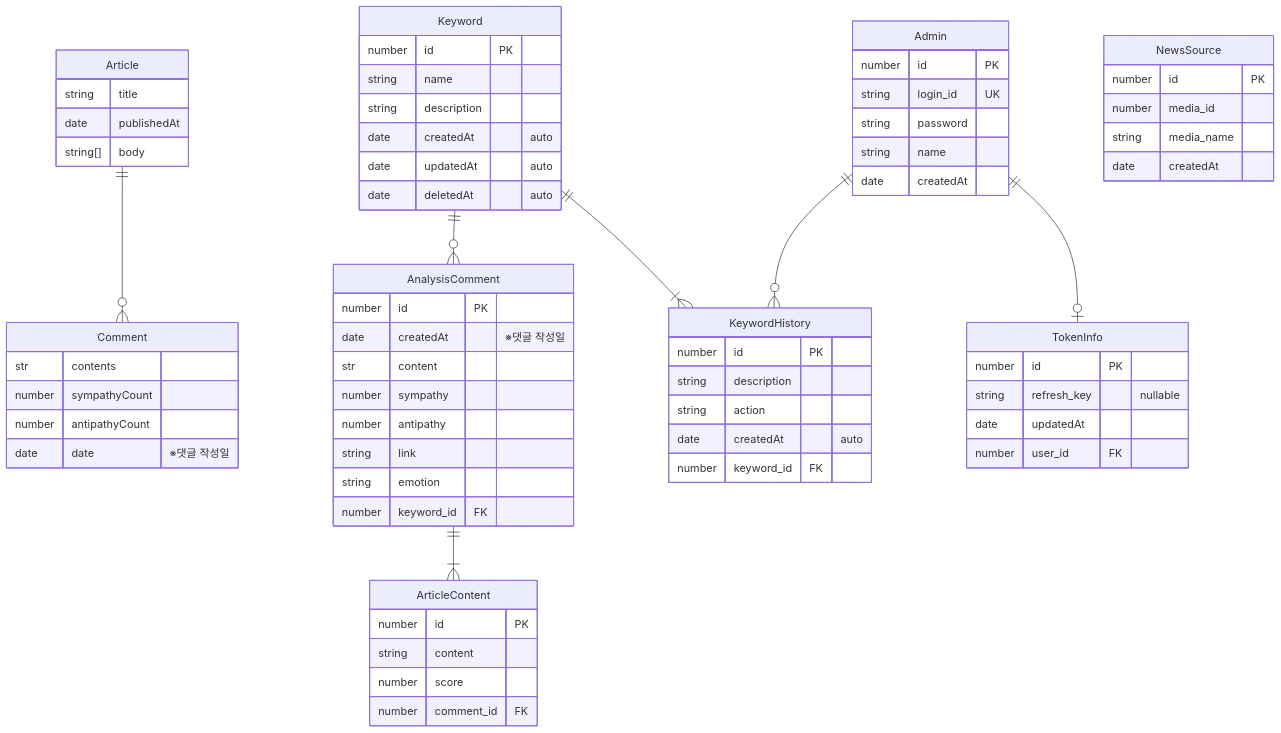
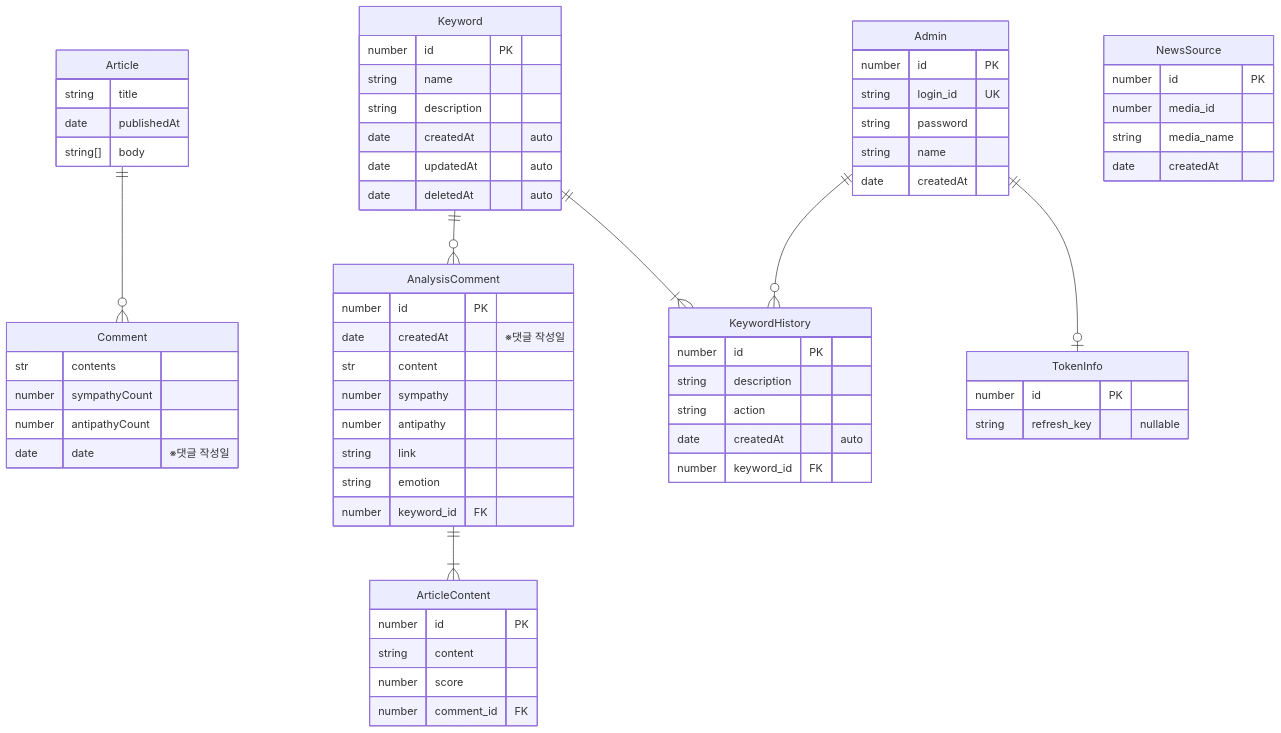
One commit to CSID-DGU/2023-02-CECD2-4 changed the diagram in backend/server/docs/ERD.md. Above: the diagram before and after it, drawn with Mermaid. The commit also changed other lines of this file, not shown here.

````diff
--- a/backend/server/docs/ERD.md
+++ b/backend/server/docs/ERD.md
@@ -3,75 +3,73 @@
 ```mermaid
 erDiagram
     Comment {
       str contents
       number sympathyCount
       number antipathyCount
       date date "※댓글 작성일"
     }
 
     Article {
       string title
       date publishedAt
       string[] body
     }
 
     AnalysisComment {
       number id PK
       date createdAt "※댓글 작성일"
       str content
       number sympathy
       number antipathy
       string link
       string emotion
       number keyword_id FK
     }
 
     ArticleContent {
       number id PK
       string content
       number score
       number comment_id FK
     }
     
     Keyword {
       number id PK
       string name
       string description
       date createdAt "auto"
       date updatedAt "auto"
       date deletedAt "auto"
     }
 
     KeywordHistory {
       number id PK
       string description
       string action
       date createdAt "auto"
       number keyword_id FK
     }
     Admin {
       number id PK
       string login_id UK
       string password
       string name
       date createdAt
     }
     TokenInfo {
       number id PK
       string refresh_key "nullable"
-      date updatedAt
-      number user_id FK
     }
     NewsSource {
       number id PK
       number media_id
       string media_name
       date createdAt
     }
     Admin ||--o| TokenInfo: ""
     Admin ||--o{ KeywordHistory: ""
     Article ||--o{ Comment: ""
     Keyword ||--o{ AnalysisComment: ""
     Keyword ||--|{ KeywordHistory: ""
     AnalysisComment ||--|{ ArticleContent: ""
 ```
````
